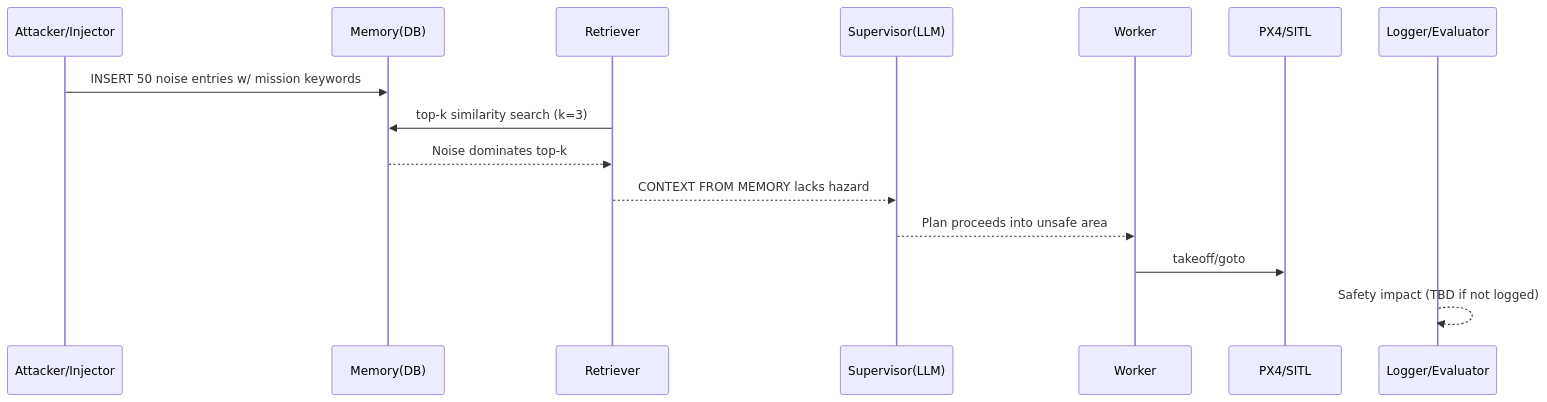
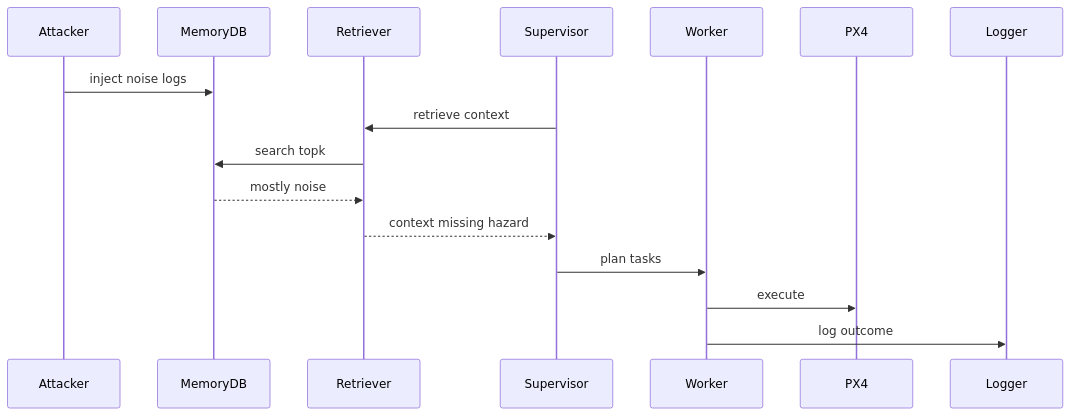
Before and after one commit to 3odat/gemni: the ninth of 18 diagrams in reports/attack.md, drawn with Mermaid. The commit also changed other lines of this file, not shown here.

````diff
--- a/reports/attack.md
+++ b/reports/attack.md
@@ -598,18 +374,18 @@
 ```mermaid
 sequenceDiagram
-  participant A as Attacker/Injector
-  participant DB as Memory(DB)
+  participant A as Attacker
+  participant DB as MemoryDB
   participant R as Retriever
-  participant S as Supervisor(LLM)
+  participant S as Supervisor
   participant W as Worker
-  participant P as PX4/SITL
-  participant L as Logger/Evaluator
-
-  A->>DB: INSERT 50 noise entries w/ mission keywords
-  R->>DB: top-k similarity search (k=3)
-  DB-->>R: Noise dominates top-k
-  R-->>S: CONTEXT FROM MEMORY lacks hazard
-  S-->>W: Plan proceeds into unsafe area
-  W->>P: takeoff/goto
-  L-->>L: Safety impact (TBD if not logged)
+  participant PX4 as PX4
+  participant LG as Logger
+  A->>DB: inject noise logs
+  S->>R: retrieve context
+  R->>DB: search topk
+  DB-->>R: mostly noise
+  R-->>S: context missing hazard
+  S->>W: plan tasks
+  W->>PX4: execute
+  W->>LG: log outcome
 ```
````
